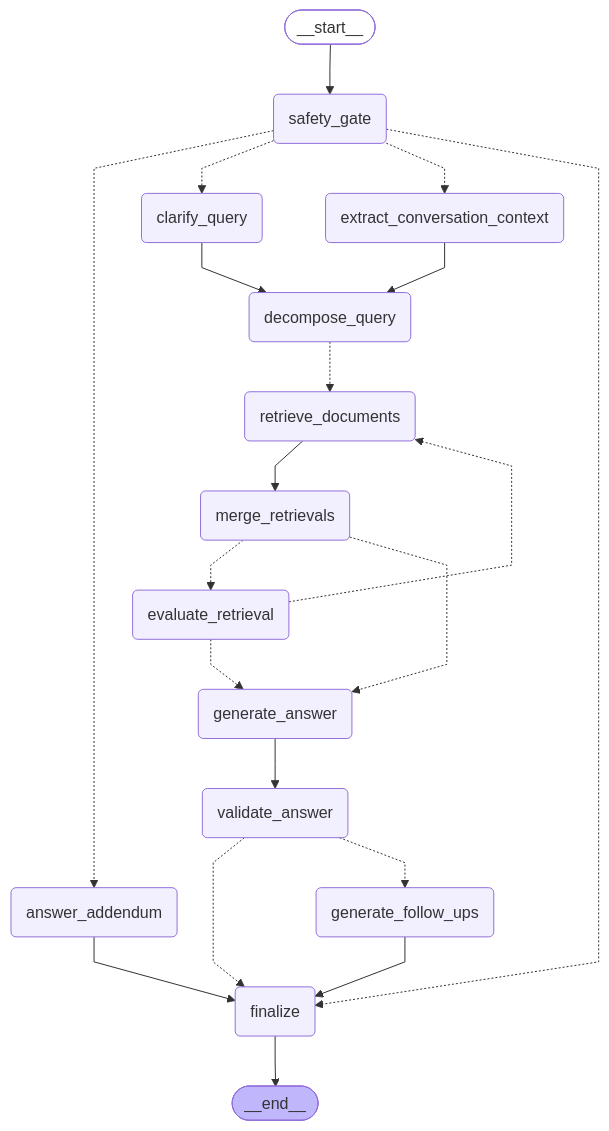
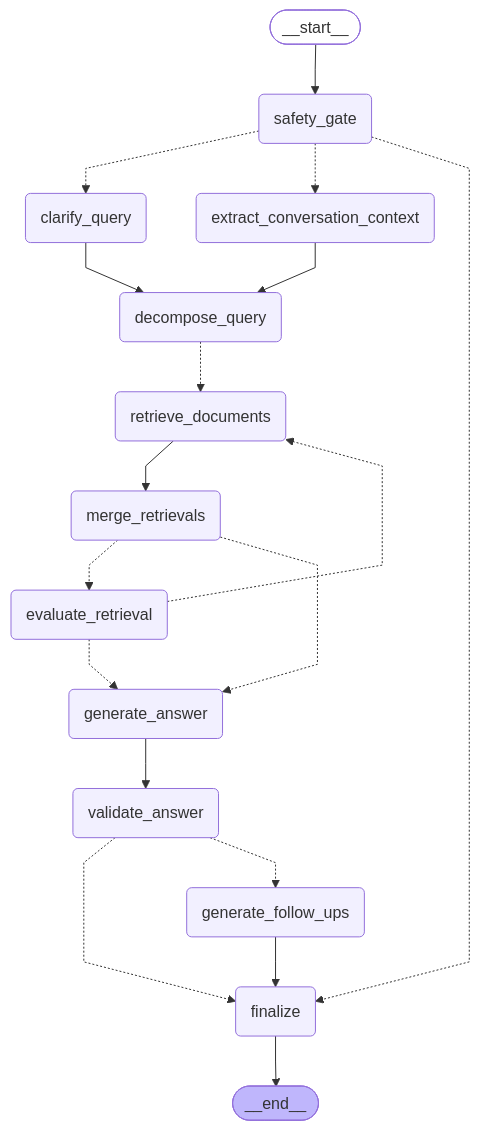
Before and after one commit to siddicky/healthcare-rag-langgraph: the diagram in docs/graph.mmd, drawn with Mermaid. The commit also changed 9 other files, not shown here.

Commit message:
docs: terminal-refusal policy and graph topology; openwiki regenerated at branch scope (addendum removed, refusal boundaries + carve-out documented; unrelated privacy/pageindex regen stripped)

```diff
--- a/docs/graph.mmd
+++ b/docs/graph.mmd
@@ -1,42 +1,39 @@
 ---
 config:
   flowchart:
     curve: linear
 ---
 graph TD;
 	__start__([<p>__start__</p>]):::first
 	safety_gate(safety_gate)
-	answer_addendum(answer_addendum)
 	finalize(finalize)
 	clarify_query(clarify_query)
 	extract_conversation_context(extract_conversation_context)
 	decompose_query(decompose_query)
 	retrieve_documents(retrieve_documents)
 	merge_retrievals(merge_retrievals)
 	evaluate_retrieval(evaluate_retrieval)
 	generate_answer(generate_answer)
 	validate_answer(validate_answer)
 	generate_follow_ups(generate_follow_ups)
 	__end__([<p>__end__</p>]):::last
 	__start__ --> safety_gate;
-	answer_addendum --> finalize;
 	clarify_query --> decompose_query;
 	decompose_query -.-> retrieve_documents;
 	evaluate_retrieval -.-> generate_answer;
 	evaluate_retrieval -.-> retrieve_documents;
 	extract_conversation_context --> decompose_query;
 	generate_answer --> validate_answer;
 	generate_follow_ups --> finalize;
 	merge_retrievals -.-> evaluate_retrieval;
 	merge_retrievals -.-> generate_answer;
 	retrieve_documents --> merge_retrievals;
-	safety_gate -.-> answer_addendum;
 	safety_gate -.-> clarify_query;
 	safety_gate -.-> extract_conversation_context;
 	safety_gate -.-> finalize;
 	validate_answer -.-> finalize;
 	validate_answer -.-> generate_follow_ups;
 	finalize --> __end__;
 	classDef default fill:#f2f0ff,line-height:1.2
 	classDef first fill-opacity:0
 	classDef last fill:#bfb6fc
```
